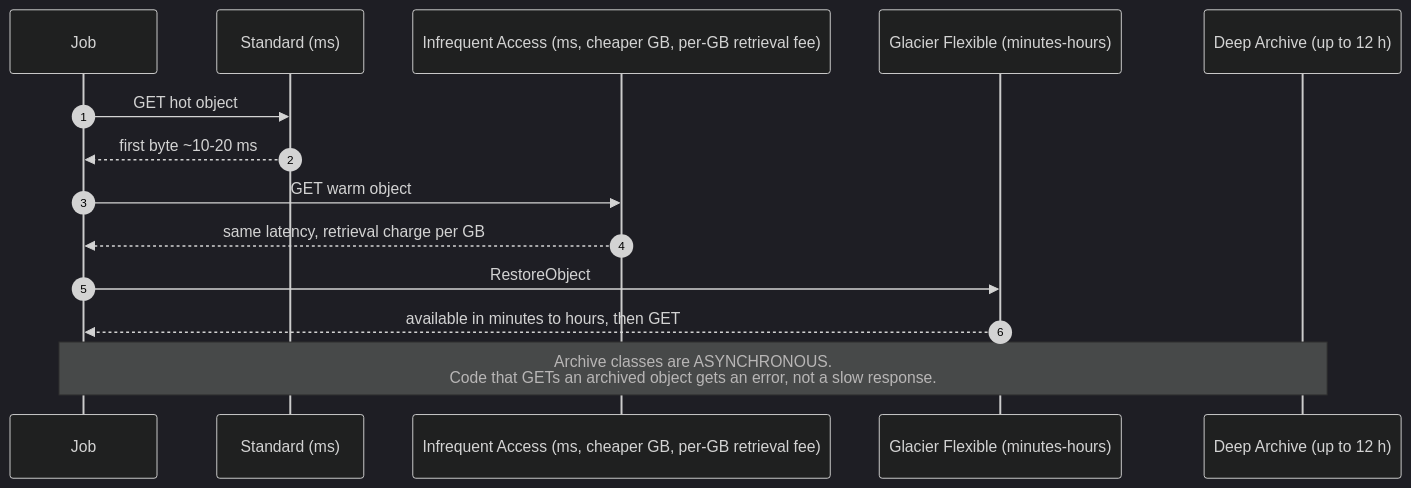
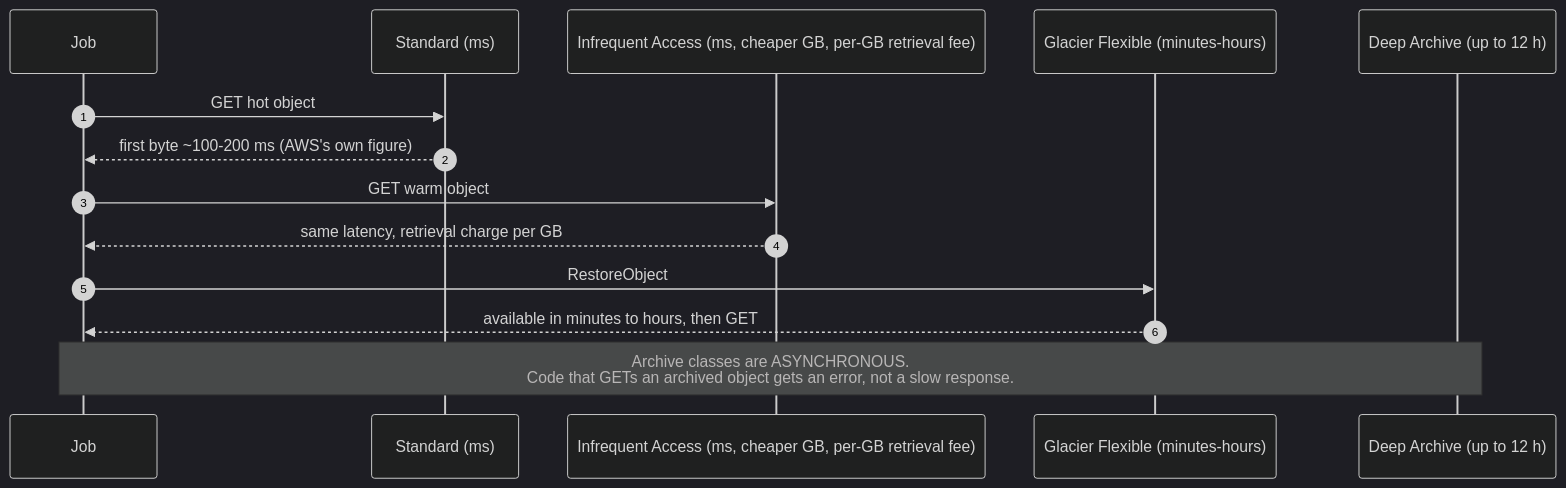
The second of 2 diagrams in interview-prep/fundamentals/object-storage-internals.md (SathishKumarAI/system-design-interview-prep), drawn with Mermaid (dark theme) before and after one commit. The commit also changed other lines of this file and 2 other files, not shown here.

````diff
--- a/interview-prep/fundamentals/object-storage-internals.md
+++ b/interview-prep/fundamentals/object-storage-internals.md
@@ -132,17 +132,17 @@
 ```mermaid
 sequenceDiagram
     autonumber
     participant J as Job
     participant S as Standard (ms)
     participant I as Infrequent Access (ms, cheaper GB, per-GB retrieval fee)
     participant G as Glacier Flexible (minutes-hours)
     participant D as Deep Archive (up to 12 h)
 
     J->>S: GET hot object
-    S-->>J: first byte ~10-20 ms
+    S-->>J: first byte ~100-200 ms (AWS's own figure)
     J->>I: GET warm object
     I-->>J: same latency, retrieval charge per GB
     J->>G: RestoreObject
     G-->>J: available in minutes to hours, then GET
     Note over J,D: Archive classes are ASYNCHRONOUS.<br/>Code that GETs an archived object gets an error, not a slow response.
 ```
````
